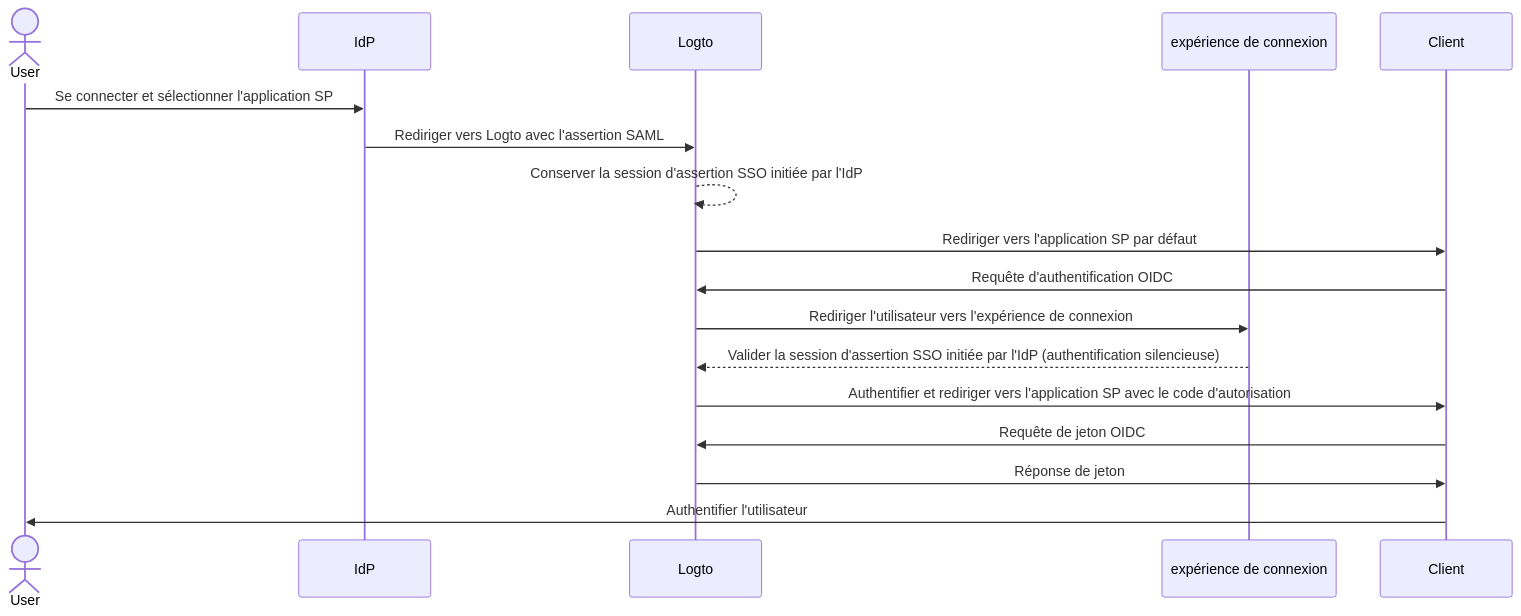
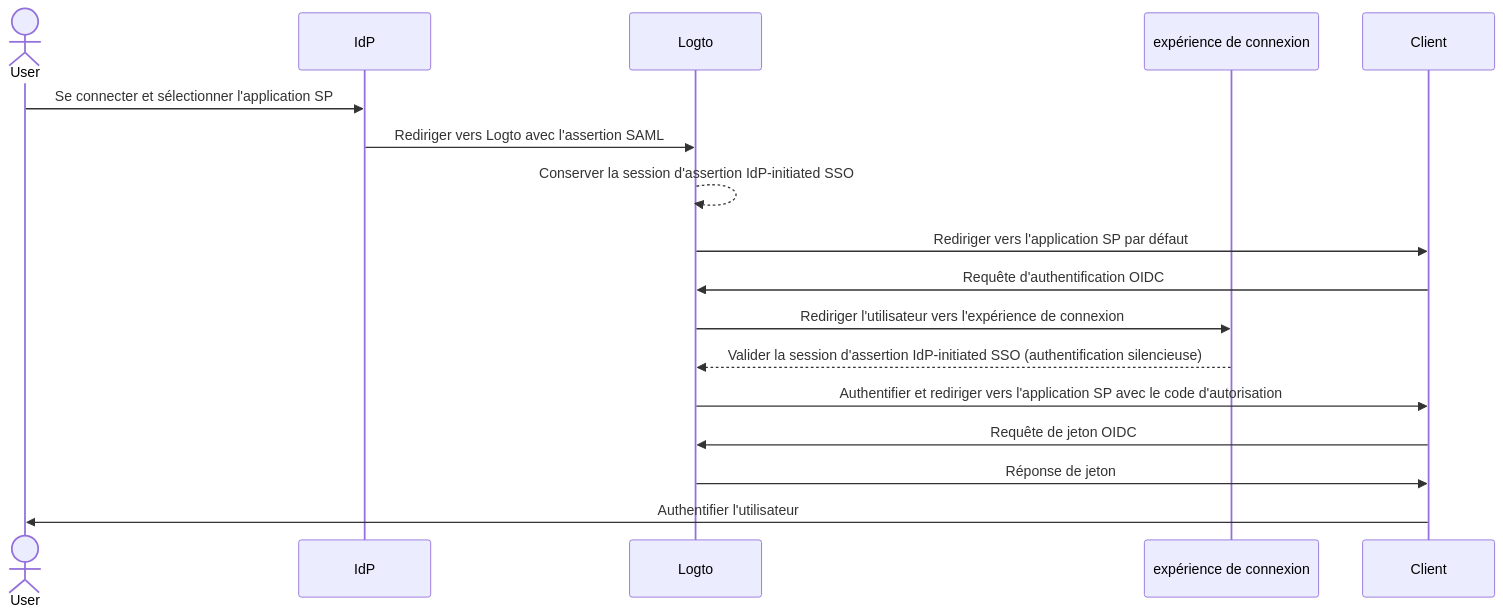
The first of 2 diagrams in i18n/fr/docusaurus-plugin-content-docs/current/end-user-flows/enterprise-sso/idp-initiated-sso.mdx (logto-io/docs), drawn with Mermaid before and after one commit. The commit also changed other lines of this file and 2629 other files, not shown here.

````diff
--- a/i18n/fr/docusaurus-plugin-content-docs/current/end-user-flows/enterprise-sso/idp-initiated-sso.mdx
+++ b/i18n/fr/docusaurus-plugin-content-docs/current/end-user-flows/enterprise-sso/idp-initiated-sso.mdx
@@ -60,20 +63,20 @@
 ```mermaid
 sequenceDiagram
     actor User
     participant IdP as IdP
     participant Logto as Logto
     participant Experience as expérience de connexion
     participant SP as Client
 
     User->>IdP: Se connecter et sélectionner l'application SP
     IdP->>Logto: Rediriger vers Logto avec l'assertion SAML
-    Logto-->>Logto: Conserver la session d'assertion SSO initiée par l'IdP
+    Logto-->>Logto: Conserver la session d'assertion IdP-initiated SSO
     Logto->>SP: Rediriger vers l'application SP par défaut
     SP->>Logto: Requête d'authentification OIDC
     Logto->>Experience: Rediriger l'utilisateur vers l'expérience de connexion
-    Experience-->>Logto: Valider la session d'assertion SSO initiée par l'IdP (authentification silencieuse)
+    Experience-->>Logto: Valider la session d'assertion IdP-initiated SSO (authentification silencieuse)
     Logto->>SP: Authentifier et rediriger vers l'application SP avec le code d'autorisation
     SP->>Logto: Requête de jeton OIDC
     Logto->>SP: Réponse de jeton
     SP->>User: Authentifier l'utilisateur
 ```
````
